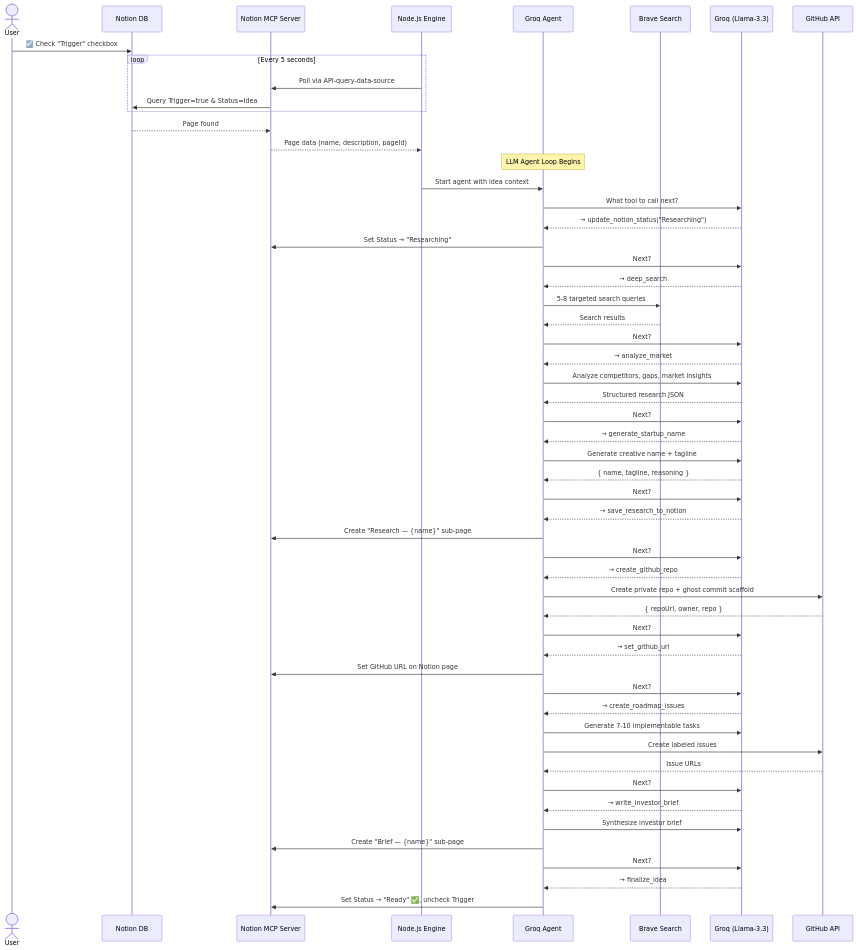
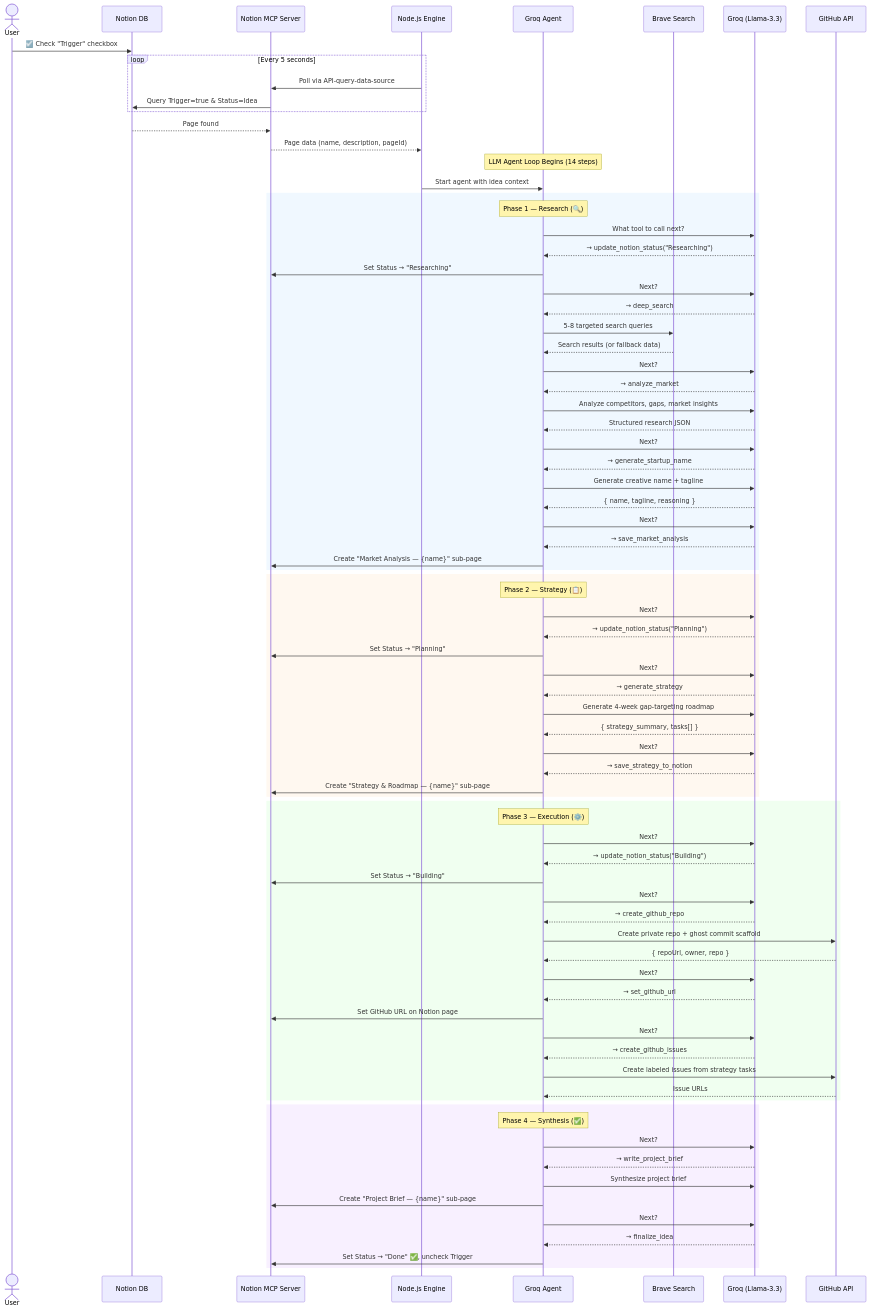
Before and after one commit to Abeera81/zerotorepo: the second of 6 diagrams in TechDesign-ZeroToRepo-MVP.md, drawn with Mermaid. The commit also changed other lines of this file, not shown here.

First line of the commit message:
docs: update TechDesign to reflect current 4-phase pipeline

````diff
--- a/TechDesign-ZeroToRepo-MVP.md
+++ b/TechDesign-ZeroToRepo-MVP.md
@@ -97,53 +101,81 @@
     Notion-->>MCP: Page found
     MCP-->>Engine: Page data (name, description, pageId)
 
-    Note over Agent: LLM Agent Loop Begins
+    Note over Agent: LLM Agent Loop Begins (14 steps)
     Engine->>Agent: Start agent with idea context
 
-    Agent->>Groq: What tool to call next?
-    Groq-->>Agent: → update_notion_status("Researching")
-    Agent->>MCP: Set Status → "Researching"
+    rect rgb(240, 248, 255)
+        Note over Agent: Phase 1 — Research (🔍)
+        Agent->>Groq: What tool to call next?
+        Groq-->>Agent: → update_notion_status("Researching")
+        Agent->>MCP: Set Status → "Researching"
 
-    Agent->>Groq: Next?
-    Groq-->>Agent: → deep_search
-    Agent->>Brave: 5-8 targeted search queries
-    Brave-->>Agent: Search results
+        Agent->>Groq: Next?
+        Groq-->>Agent: → deep_search
+        Agent->>Brave: 5-8 targeted search queries
+        Brave-->>Agent: Search results (or fallback data)
 
-    Agent->>Groq: Next?
-    Groq-->>Agent: → analyze_market
-    Agent->>Groq: Analyze competitors, gaps, market insights
-    Groq-->>Agent: Structured research JSON
+        Agent->>Groq: Next?
+        Groq-->>Agent: → analyze_market
+        Agent->>Groq: Analyze competitors, gaps, market insights
+        Groq-->>Agent: Structured research JSON
 
-    Agent->>Groq: Next?
-    Groq-->>Agent: → generate_startup_name
-    Agent->>Groq: Generate creative name + tagline
-    Groq-->>Agent: { name, tagline, reasoning }
+        Agent->>Groq: Next?
+        Groq-->>Agent: → generate_startup_name
+        Agent->>Groq: Generate creative name + tagline
+        Groq-->>Agent: { name, tagline, reasoning }
 
-    Agent->>Groq: Next?
-    Groq-->>Agent: → save_research_to_notion
-    Agent->>MCP: Create "Research — {name}" sub-page
+        Agent->>Groq: Next?
+        Groq-->>Agent: → save_market_analysis
+        Agent->>MCP: Create "Market Analysis — {name}" sub-page
+    end
 
-    Agent->>Groq: Next?
-    Groq-->>Agent: → create_github_repo
-    Agent->>GitHub: Create private repo + ghost commit scaffold
-    GitHub-->>Agent: { repoUrl, owner, repo }
+    rect rgb(255, 248, 240)
+        Note over Agent: Phase 2 — Strategy (📋)
+        Agent->>Groq: Next?
+        Groq-->>Agent: → update_notion_status("Planning")
+        Agent->>MCP: Set Status → "Planning"
 
-    Agent->>Groq: Next?
-    Groq-->>Agent: → set_github_url
-    Agent->>MCP: Set GitHub URL on Notion page
+        Agent->>Groq: Next?
+        Groq-->>Agent: → generate_strategy
+        Agent->>Groq: Generate 4-week gap-targeting roadmap
+        Groq-->>Agent: { strategy_summary, tasks[] }
 
-    Agent->>Groq: Next?
-    Groq-->>Agent: → create_roadmap_issues
-    Agent->>Groq: Generate 7-10 implementable tasks
-    Agent->>GitHub: Create labeled issues
-    GitHub-->>Agent: Issue URLs
+        Agent->>Groq: Next?
+        Groq-->>Agent: → save_strategy_to_notion
+        Agent->>MCP: Create "Strategy & Roadmap — {name}" sub-page
+    end
 
-    Agent->>Groq: Next?
-    Groq-->>Agent: → write_investor_brief
-    Agent->>Groq: Synthesize investor brief
-    Agent->>MCP: Create "Brief — {name}" sub-page
+    rect rgb(240, 255, 240)
+        Note over Agent: Phase 3 — Execution (⚙️)
+        Agent->>Groq: Next?
+        Groq-->>Agent: → update_notion_status("Building")
+        Agent->>MCP: Set Status → "Building"
 
-    Agent->>Groq: Next?
-    Groq-->>Agent: → finalize_idea
-    Agent->>MCP: Set Status → "Ready" ✅, uncheck Trigger
+        Agent->>Groq: Next?
+        Groq-->>Agent: → create_github_repo
+        Agent->>GitHub: Create private repo + ghost commit scaffold
+        GitHub-->>Agent: { repoUrl, owner, repo }
+
+        Agent->>Groq: Next?
+        Groq-->>Agent: → set_github_url
+        Agent->>MCP: Set GitHub URL on Notion page
+
+        Agent->>Groq: Next?
+        Groq-->>Agent: → create_github_issues
+        Agent->>GitHub: Create labeled issues from strategy tasks
+        GitHub-->>Agent: Issue URLs
+    end
+
+    rect rgb(248, 240, 255)
+        Note over Agent: Phase 4 — Synthesis (✅)
+        Agent->>Groq: Next?
+        Groq-->>Agent: → write_project_brief
+        Agent->>Groq: Synthesize project brief
+        Agent->>MCP: Create "Project Brief — {name}" sub-page
+
+        Agent->>Groq: Next?
+        Groq-->>Agent: → finalize_idea
+        Agent->>MCP: Set Status → "Done" ✅, uncheck Trigger
+    end
 ```
````
